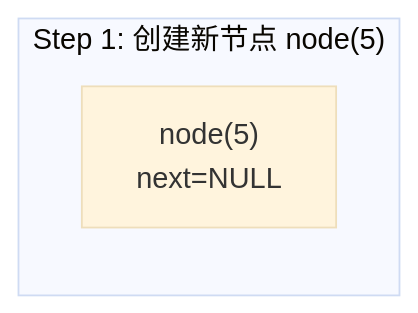
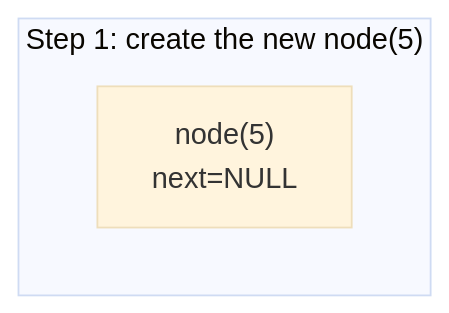
Before and after one commit to Awesome-Embedded-Learning-Studio/Tutorial_AwesomeModernCPP: the second of 4 diagrams in documents/en/vol1-fundamentals/c_tutorials/advanced_feature/06-handmade-linked-list.md, drawn with Mermaid (base theme). The commit also changed other lines of this file and 243 other files, not shown here.

````diff
--- a/documents/en/vol1-fundamentals/c_tutorials/advanced_feature/06-handmade-linked-list.md
+++ b/documents/en/vol1-fundamentals/c_tutorials/advanced_feature/06-handmade-linked-list.md
@@ -184,6 +179,6 @@
 ```mermaid
 graph LR
-    subgraph "Step 1: 创建新节点 node(5)"
+    subgraph "Step 1: create the new node(5)"
         S1["node(5)<br/>next=NULL"]
     end
 ```
````
